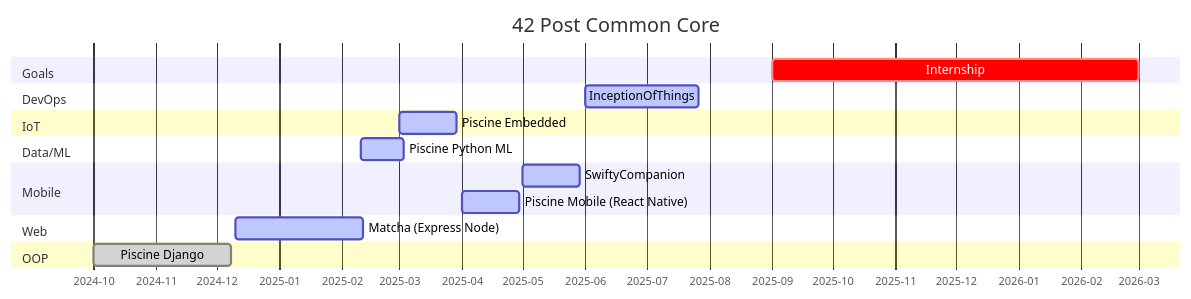
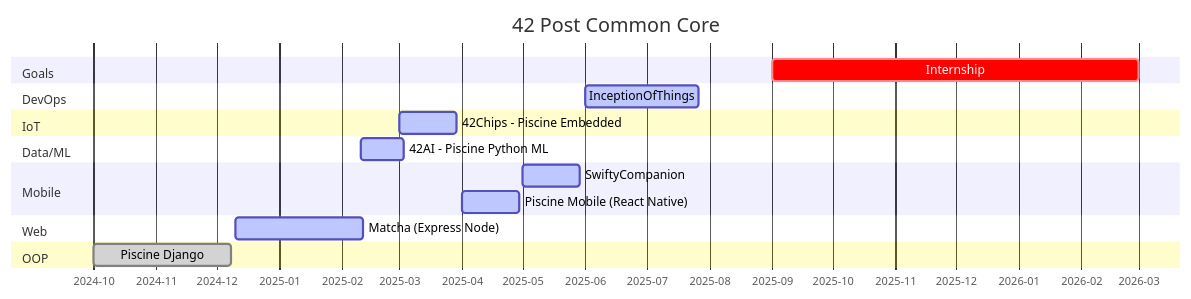
Before and after one commit to Tablerase/42_Projects: the first of 3 diagrams in README.md, drawn with Mermaid. The commit also changed other lines of this file and 1 other file, not shown here.

Commit message:
feat: add piscine ml from 42AI

````diff
--- a/README.md
+++ b/README.md
@@ -106,29 +110,29 @@
 ```mermaid
 gantt
     title 42 Post Common Core
     dateFormat  YYYY-MM-DD
     axisFormat %Y-%m
     todayMarker on
 
     section Goals
     Internship : crit, 2025-09-01, 2026-03-01
 
     section DevOps
     InceptionOfThings : active, 2025-06-01, 8w
 
     Section IoT
-    Piscine Embedded : active, 2025-03-01, 4w
+    42Chips - Piscine Embedded : active, 2025-03-01, 4w
 
     Section Data/ML
-    Piscine Python ML : active, 2025-02-10, 3w
+    42AI - Piscine Python ML : active, 2025-02-10, 3w
 
     section Mobile
     SwiftyCompanion : active, 2025-05-01, 4w
     Piscine Mobile (React Native) : active, 2025-04-01, 4w
 
     section Web
     Matcha (Express Node) : active, 2024-12-10, 9w
 
     section OOP
     Piscine Django : done, 2024-10-01, 2024-12-08
 ```
````
